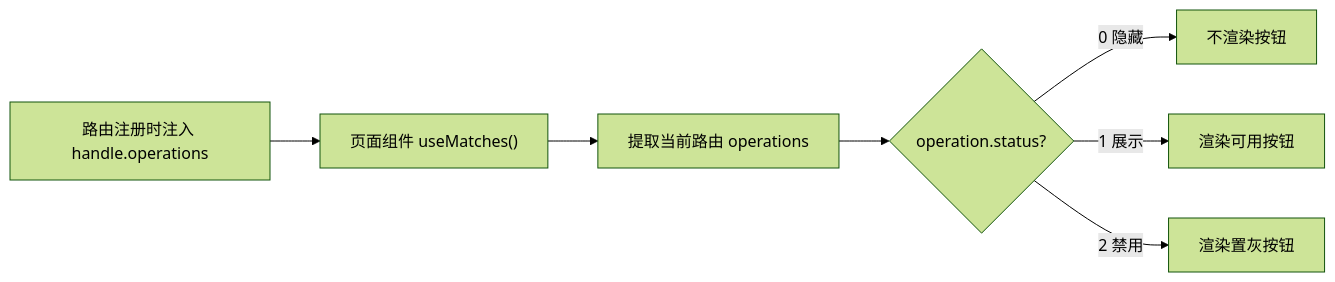
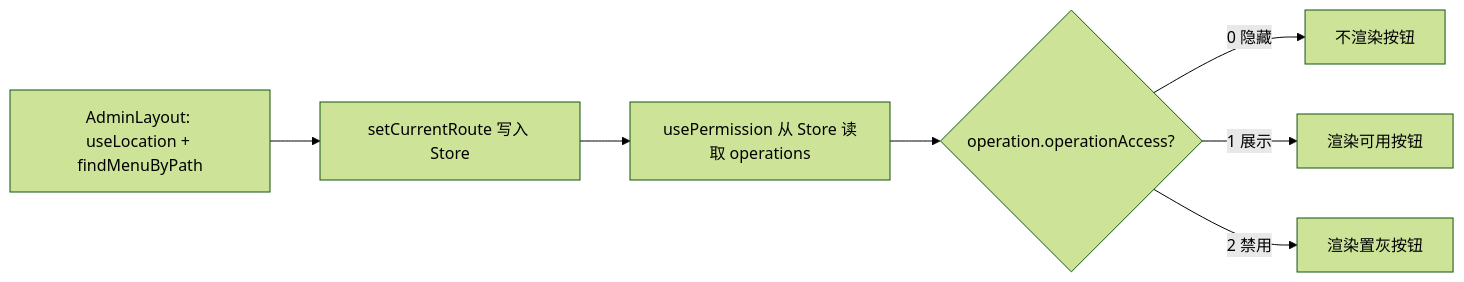
The ninth of 9 diagrams in document/技术方案/路由生成插件与权限控制技术方案.md (TomorrowLM/lm-document), drawn with Mermaid (forest theme) before and after one commit. The commit also changed other lines of this file and 13 other files, not shown here.

````diff
--- a/document/技术方案/路由生成插件与权限控制技术方案.md
+++ b/document/技术方案/路由生成插件与权限控制技术方案.md
@@ -1553,9 +664,9 @@
 ```mermaid
 graph LR
-    A["路由注册时注入 handle.operations"] --> B["页面组件 useMatches()"]
-    B --> C["提取当前路由 operations"]
-    C --> D{"operation.status?"}
+    A["AdminLayout: useLocation + findMenuByPath"] --> B["setCurrentRoute 写入 Store"]
+    B --> C["usePermission 从 Store 读取 operations"]
+    C --> D{"operation.operationAccess?"}
     D -->|"0 隐藏"| E["不渲染按钮"]
     D -->|"1 展示"| F["渲染可用按钮"]
     D -->|"2 禁用"| G["渲染置灰按钮"]
 ```
````
